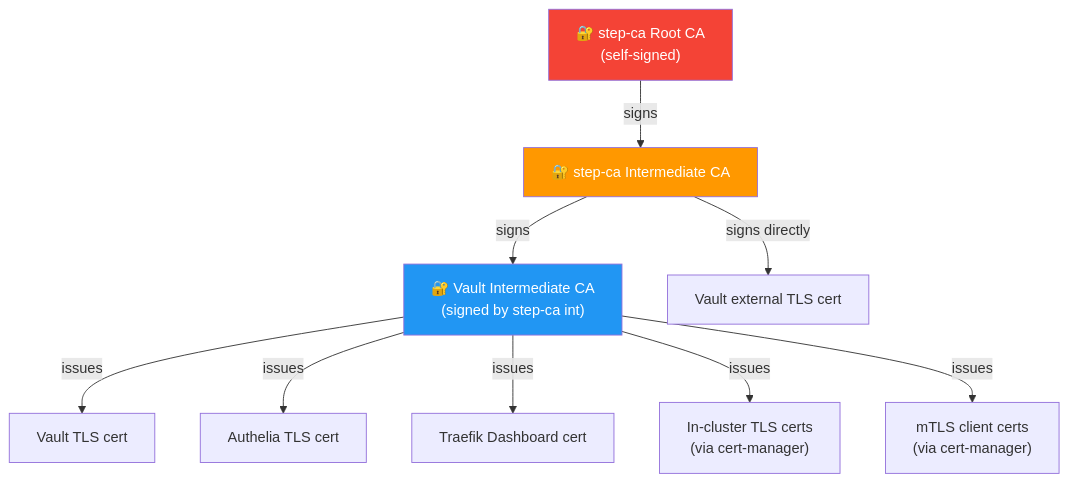
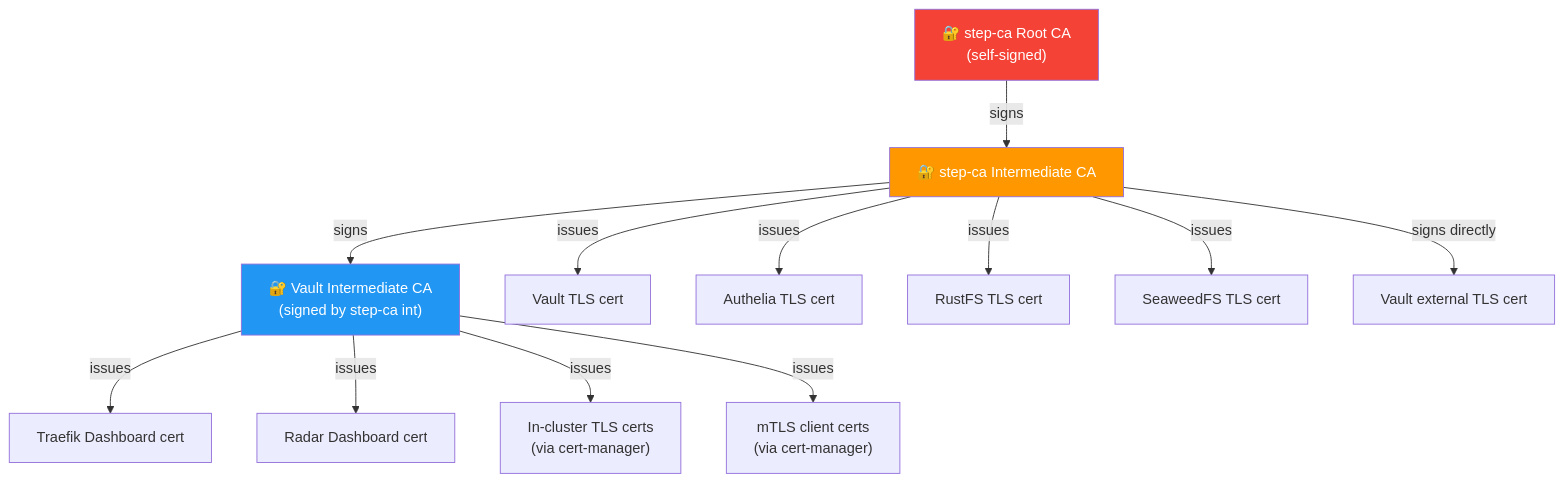
One commit to rmlandvreugd/cnpg-playground changed the sixth of 9 diagrams in docs/architecture-overview.md. Above: the diagram before and after it, drawn with Mermaid. The commit also changed other lines of this file, not shown here.

Commit message:
refactor(docs): enhance architecture overview with SeaweedFS integration

````diff
--- a/docs/architecture-overview.md
+++ b/docs/architecture-overview.md
@@ -225,21 +233,24 @@
 ```mermaid
 graph TD
     RootCA["🔐 step-ca Root CA<br/>(self-signed)"]
     IntCA["🔐 step-ca Intermediate CA"]
     VaultIntCA["🔐 Vault Intermediate CA<br/>(signed by step-ca int)"]
 
     RootCA -->|signs| IntCA
     IntCA -->|signs| VaultIntCA
 
-    VaultIntCA -->|issues| VaultTLS["Vault TLS cert"]
-    VaultIntCA -->|issues| AutheliaTLS["Authelia TLS cert"]
+    IntCA -->|issues| VaultTLS["Vault TLS cert"]
+    IntCA -->|issues| AutheliaTLS["Authelia TLS cert"]
+    IntCA -->|issues| RustFSTLS["RustFS TLS cert"]
+    IntCA -->|issues| SeaweedFSTLS["SeaweedFS TLS cert"]
     VaultIntCA -->|issues| TraefikDashTLS["Traefik Dashboard cert"]
+    VaultIntCA -->|issues| RadarDashTLS["Radar Dashboard cert"]
     VaultIntCA -->|issues| ClusterCerts["In-cluster TLS certs<br/>(via cert-manager)"]
     VaultIntCA -->|issues| MTLSCerts["mTLS client certs<br/>(via cert-manager)"]
 
     IntCA -->|signs directly| VaultExtTLS["Vault external TLS cert"]
 
     style RootCA fill:#F44336,color:white
     style IntCA fill:#FF9800,color:white
     style VaultIntCA fill:#2196F3,color:white
 ```
````
